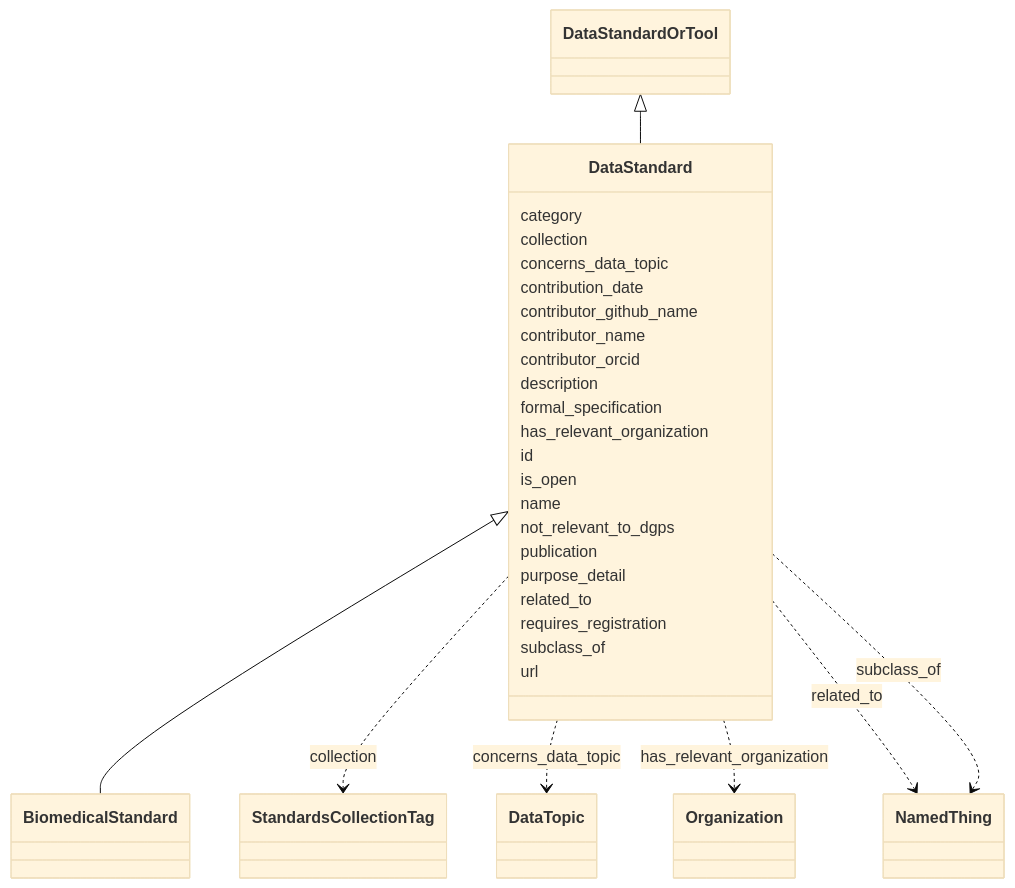
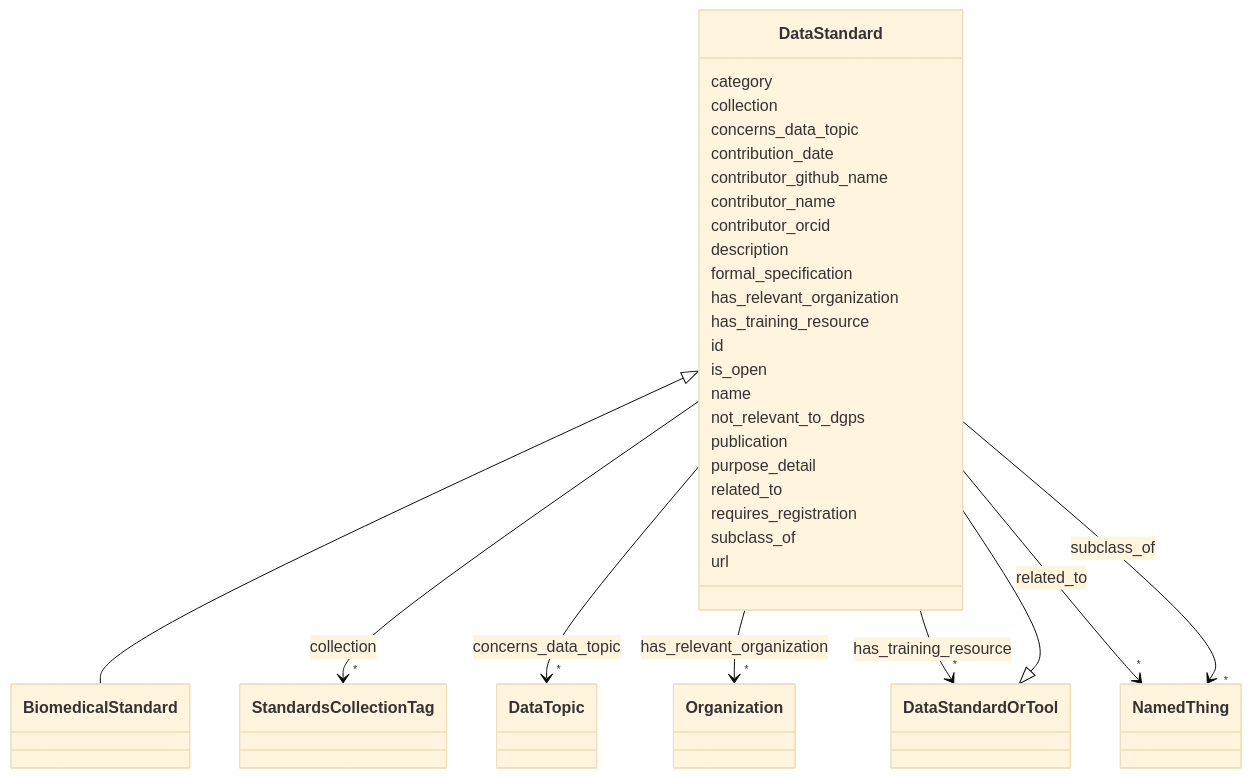
One commit to bridge2ai/standards-schemas changed the diagram in docs/DataStandard.md. Above: the diagram before and after it, drawn with Mermaid (base theme). The commit also changed other lines of this file and 212 other files, not shown here.

````diff
--- a/docs/DataStandard.md
+++ b/docs/DataStandard.md
@@ -11,21 +19,34 @@
 ```mermaid
  classDiagram
     class DataStandard
+    click DataStandard href "../DataStandard"
       DataStandardOrTool <|-- DataStandard
+        click DataStandardOrTool href "../DataStandardOrTool"
       
 
       DataStandard <|-- BiomedicalStandard
+        click BiomedicalStandard href "../BiomedicalStandard"
       
       
       DataStandard : category
         
       DataStandard : collection
         
-          DataStandard ..> StandardsCollectionTag : collection
+          
+    
+    
+    DataStandard --> "*" StandardsCollectionTag : collection
+    click StandardsCollectionTag href "../StandardsCollectionTag"
+
         
       DataStandard : concerns_data_topic
         
-          DataStandard ..> DataTopic : concerns_data_topic
+          
+    
+    
+    DataStandard --> "*" DataTopic : concerns_data_topic
+    click DataTopic href "../DataTopic"
+
         
       DataStandard : contribution_date
         
@@ -41,7 +62,21 @@
         
       DataStandard : has_relevant_organization
         
-          DataStandard ..> Organization : has_relevant_organization
+          
+    
+    
+    DataStandard --> "*" Organization : has_relevant_organization
+    click Organization href "../Organization"
+
+        
+      DataStandard : has_training_resource
+        
+          
+    
+    
+    DataStandard --> "*" DataStandardOrTool : has_training_resource
+    click DataStandardOrTool href "../DataStandardOrTool"
+
         
       DataStandard : id
         
@@ -57,13 +92,23 @@
         
       DataStandard : related_to
         
-          DataStandard ..> NamedThing : related_to
+          
+    
+    
+    DataStandard --> "*" NamedThing : related_to
+    click NamedThing href "../NamedThing"
+
         
       DataStandard : requires_registration
         
       DataStandard : subclass_of
         
-          DataStandard ..> NamedThing : subclass_of
+          
+    
+    
+    DataStandard --> "*" NamedThing : subclass_of
+    click NamedThing href "../NamedThing"
+
         
       DataStandard : url
         
````
